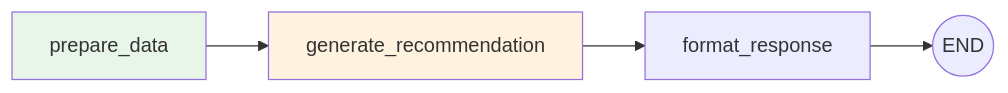
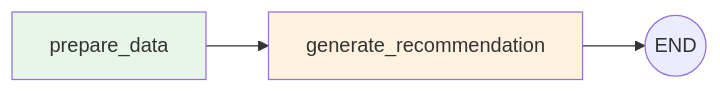
One commit to freger-ucu/ai-tutor changed the sixth of 7 diagrams in backend/docs/architecture.md. Above: the diagram before and after it, drawn with Mermaid. The commit also changed other lines of this file and 2 other files, not shown here.

````diff
--- a/backend/docs/architecture.md
+++ b/backend/docs/architecture.md
@@ -323,9 +332,8 @@
 ```mermaid
 graph LR
     A[prepare_data] --> B[generate_recommendation]
-    B --> C[format_response]
-    C --> D((END))
+    B --> C((END))
 
     style A fill:#e8f5e9
     style B fill:#fff3e0
 ```
````
